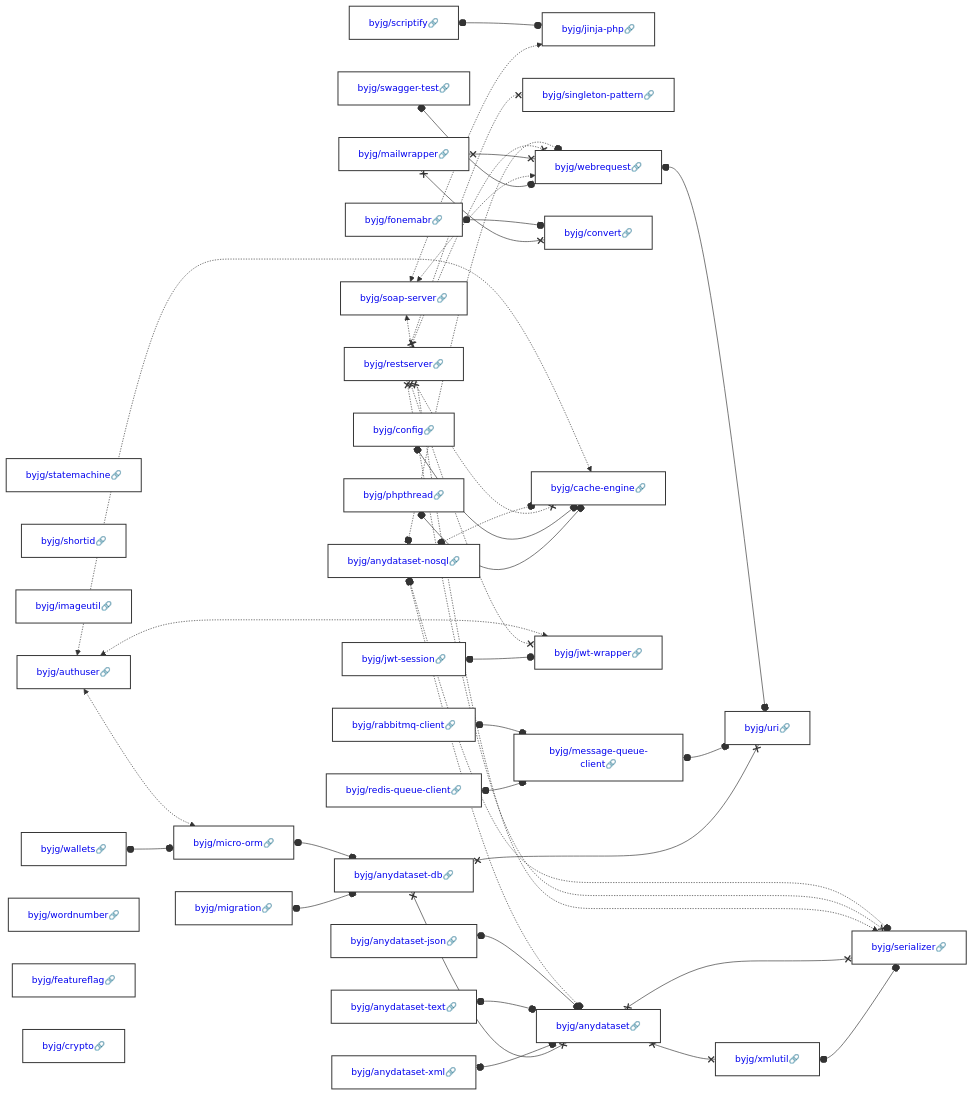
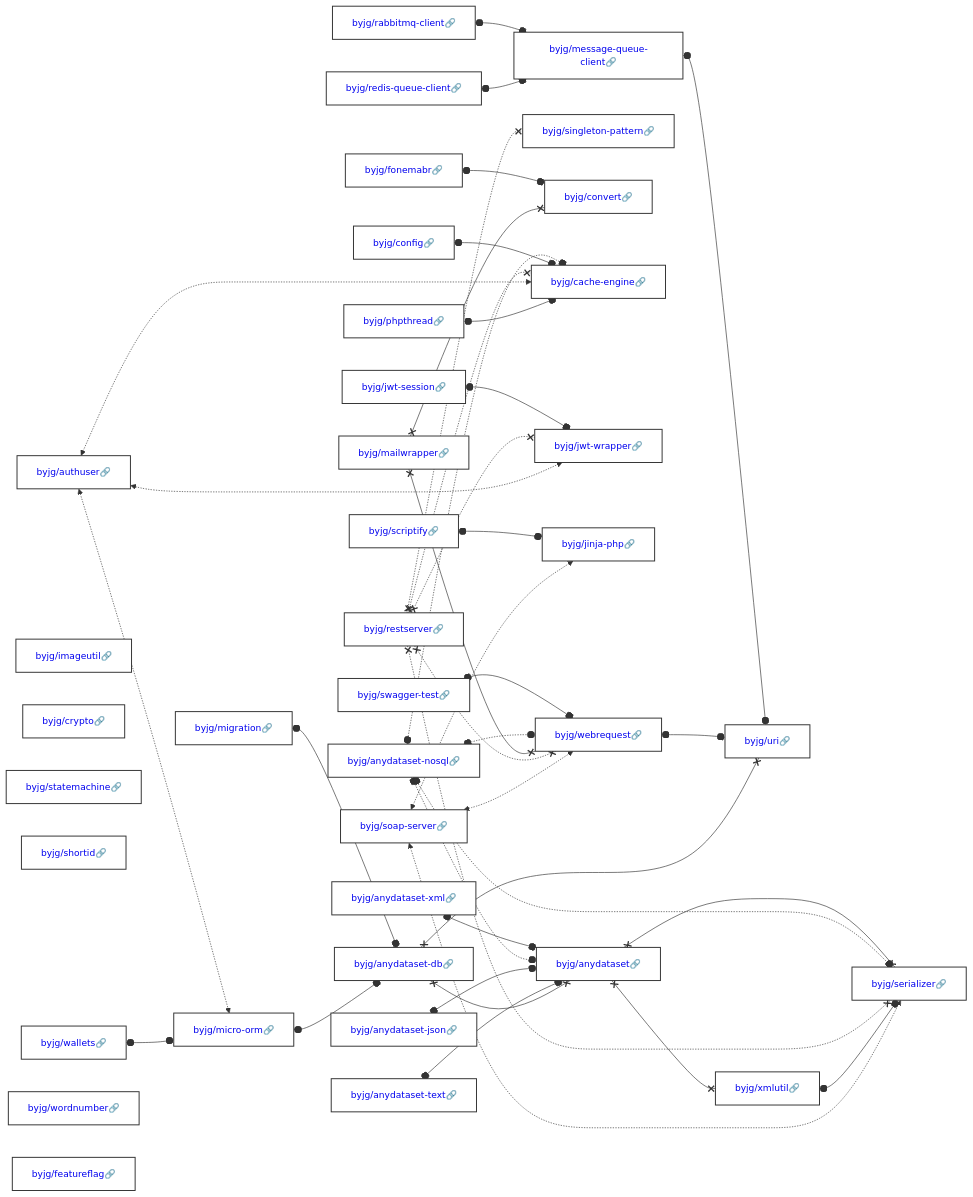
The diagram in docs/php/README.md (byjg/byjg.github.io), drawn with Mermaid before and after one commit. The commit also changed other lines of this file, not shown here.

Commit message:
Update documentation 'php' 'php-swagger-test'

````diff
--- a/docs/php/README.md
+++ b/docs/php/README.md
@@ -3,80 +3,80 @@
 ```mermaid
 graph LR;
+  byjg/rabbitmq-client[<a href='https://opensource.byjg.com/docs/php/rabbitmq-client' style='text-decoration:none'>byjg/rabbitmq-client🔗</a>];
+  byjg/soap-server[<a href='https://opensource.byjg.com/docs/php/soap-server' style='text-decoration:none'>byjg/soap-server🔗</a>];
+  byjg/wallets[<a href='https://opensource.byjg.com/docs/php/wallets' style='text-decoration:none'>byjg/wallets🔗</a>];
+  byjg/anydataset-xml[<a href='https://opensource.byjg.com/docs/php/anydataset-xml' style='text-decoration:none'>byjg/anydataset-xml🔗</a>];
+  byjg/redis-queue-client[<a href='https://opensource.byjg.com/docs/php/redis-queue-client' style='text-decoration:none'>byjg/redis-queue-client🔗</a>];
+  byjg/anydataset-json[<a href='https://opensource.byjg.com/docs/php/anydataset-json' style='text-decoration:none'>byjg/anydataset-json🔗</a>];
+  byjg/imageutil[<a href='https://opensource.byjg.com/docs/php/imageutil' style='text-decoration:none'>byjg/imageutil🔗</a>];
+  byjg/restserver[<a href='https://opensource.byjg.com/docs/php/restserver' style='text-decoration:none'>byjg/restserver🔗</a>];
+  byjg/migration[<a href='https://opensource.byjg.com/docs/php/migration' style='text-decoration:none'>byjg/migration🔗</a>];
+  byjg/fonemabr[<a href='https://opensource.byjg.com/docs/php/fonemabr' style='text-decoration:none'>byjg/fonemabr🔗</a>];
+  byjg/crypto[<a href='https://opensource.byjg.com/docs/php/crypto' style='text-decoration:none'>byjg/crypto🔗</a>];
   byjg/statemachine[<a href='https://opensource.byjg.com/docs/php/statemachine' style='text-decoration:none'>byjg/statemachine🔗</a>];
+  byjg/phpthread[<a href='https://opensource.byjg.com/docs/php/phpthread' style='text-decoration:none'>byjg/phpthread🔗</a>];
   byjg/shortid[<a href='https://opensource.byjg.com/docs/php/shortid' style='text-decoration:none'>byjg/shortid🔗</a>];
-  byjg/rabbitmq-client[<a href='https://opensource.byjg.com/docs/php/rabbitmq-client' style='text-decoration:none'>byjg/rabbitmq-client🔗</a>];
-  byjg/imageutil[<a href='https://opensource.byjg.com/docs/php/imageutil' style='text-decoration:none'>byjg/imageutil🔗</a>];
-  byjg/phpthread[<a href='https://opensource.byjg.com/docs/php/phpthread' style='text-decoration:none'>byjg/phpthread🔗</a>];
-  byjg/scriptify[<a href='https://opensource.byjg.com/docs/php/scriptify' style='text-decoration:none'>byjg/scriptify🔗</a>];
-  byjg/fonemabr[<a href='https://opensource.byjg.com/docs/php/fonemabr' style='text-decoration:none'>byjg/fonemabr🔗</a>];
   byjg/config[<a href='https://opensource.byjg.com/docs/php/config' style='text-decoration:none'>byjg/config🔗</a>];
   byjg/authuser[<a href='https://opensource.byjg.com/docs/php/authuser' style='text-decoration:none'>byjg/authuser🔗</a>];
-  byjg/soap-server[<a href='https://opensource.byjg.com/docs/php/soap-server' style='text-decoration:none'>byjg/soap-server🔗</a>];
-  byjg/restserver[<a href='https://opensource.byjg.com/docs/php/restserver' style='text-decoration:none'>byjg/restserver🔗</a>];
   byjg/anydataset-text[<a href='https://opensource.byjg.com/docs/php/anydataset-text' style='text-decoration:none'>byjg/anydataset-text🔗</a>];
-  byjg/anydataset-json[<a href='https://opensource.byjg.com/docs/php/anydataset-json' style='text-decoration:none'>byjg/anydataset-json🔗</a>];
-  byjg/migration[<a href='https://opensource.byjg.com/docs/php/migration' style='text-decoration:none'>byjg/migration🔗</a>];
-  byjg/redis-queue-client[<a href='https://opensource.byjg.com/docs/php/redis-queue-client' style='text-decoration:none'>byjg/redis-queue-client🔗</a>];
-  byjg/wallets[<a href='https://opensource.byjg.com/docs/php/wallets' style='text-decoration:none'>byjg/wallets🔗</a>];
+  byjg/wordnumber[<a href='https://opensource.byjg.com/docs/php/wordnumber' style='text-decoration:none'>byjg/wordnumber🔗</a>];
   byjg/mailwrapper[<a href='https://opensource.byjg.com/docs/php/mailwrapper' style='text-decoration:none'>byjg/mailwrapper🔗</a>];
   byjg/anydataset-nosql[<a href='https://opensource.byjg.com/docs/php/anydataset-nosql' style='text-decoration:none'>byjg/anydataset-nosql🔗</a>];
-  byjg/anydataset-xml[<a href='https://opensource.byjg.com/docs/php/anydataset-xml' style='text-decoration:none'>byjg/anydataset-xml🔗</a>];
-  byjg/wordnumber[<a href='https://opensource.byjg.com/docs/php/wordnumber' style='text-decoration:none'>byjg/wordnumber🔗</a>];
   byjg/jwt-session[<a href='https://opensource.byjg.com/docs/php/jwt-session' style='text-decoration:none'>byjg/jwt-session🔗</a>];
+  byjg/scriptify[<a href='https://opensource.byjg.com/docs/php/scriptify' style='text-decoration:none'>byjg/scriptify🔗</a>];
   byjg/swagger-test[<a href='https://opensource.byjg.com/docs/php/swagger-test' style='text-decoration:none'>byjg/swagger-test🔗</a>];
   byjg/featureflag[<a href='https://opensource.byjg.com/docs/php/featureflag' style='text-decoration:none'>byjg/featureflag🔗</a>];
-  byjg/crypto[<a href='https://opensource.byjg.com/docs/php/crypto' style='text-decoration:none'>byjg/crypto🔗</a>];
-  byjg/jinja-php[<a href='https://opensource.byjg.com/docs/php/jinja-php' style='text-decoration:none'>byjg/jinja-php🔗</a>];
+  byjg/message-queue-client[<a href='https://opensource.byjg.com/docs/php/message-queue-client' style='text-decoration:none'>byjg/message-queue-client🔗</a>];
   byjg/singleton-pattern[<a href='https://opensource.byjg.com/docs/php/singleton-pattern' style='text-decoration:none'>byjg/singleton-pattern🔗</a>];
-  byjg/message-queue-client[<a href='https://opensource.byjg.com/docs/php/message-queue-client' style='text-decoration:none'>byjg/message-queue-client🔗</a>];
   byjg/micro-orm[<a href='https://opensource.byjg.com/docs/php/micro-orm' style='text-decoration:none'>byjg/micro-orm🔗</a>];
   byjg/convert[<a href='https://opensource.byjg.com/docs/php/convert' style='text-decoration:none'>byjg/convert🔗</a>];
   byjg/cache-engine[<a href='https://opensource.byjg.com/docs/php/cache-engine' style='text-decoration:none'>byjg/cache-engine🔗</a>];
   byjg/jwt-wrapper[<a href='https://opensource.byjg.com/docs/php/jwt-wrapper' style='text-decoration:none'>byjg/jwt-wrapper🔗</a>];
+  byjg/jinja-php[<a href='https://opensource.byjg.com/docs/php/jinja-php' style='text-decoration:none'>byjg/jinja-php🔗</a>];
   byjg/webrequest[<a href='https://opensource.byjg.com/docs/php/webrequest' style='text-decoration:none'>byjg/webrequest🔗</a>];
   byjg/anydataset-db[<a href='https://opensource.byjg.com/docs/php/anydataset-db' style='text-decoration:none'>byjg/anydataset-db🔗</a>];
   byjg/anydataset[<a href='https://opensource.byjg.com/docs/php/anydataset' style='text-decoration:none'>byjg/anydataset🔗</a>];
   byjg/uri[<a href='https://opensource.byjg.com/docs/php/uri' style='text-decoration:none'>byjg/uri🔗</a>];
   byjg/xmlutil[<a href='https://opensource.byjg.com/docs/php/xmlutil' style='text-decoration:none'>byjg/xmlutil🔗</a>];
   byjg/serializer[<a href='https://opensource.byjg.com/docs/php/serializer' style='text-decoration:none'>byjg/serializer🔗</a>];
-  byjg/xmlutil o--o byjg/serializer;
-  byjg/anydataset x--x byjg/serializer;
-  byjg/anydataset x--x byjg/xmlutil;
-  byjg/wallets o--o byjg/micro-orm;
-  byjg/swagger-test o--o byjg/webrequest;
-  byjg/anydataset-db x--x byjg/anydataset;
-  byjg/anydataset-db x--x byjg/uri;
-  byjg/message-queue-client o--o byjg/uri;
   byjg/soap-server <-.-> byjg/jinja-php;
   byjg/soap-server <-.-> byjg/webrequest;
   byjg/soap-server <-.-> byjg/serializer;
-  byjg/mailwrapper x--x byjg/convert;
-  byjg/mailwrapper x--x byjg/webrequest;
+  byjg/xmlutil o--o byjg/serializer;
+  byjg/micro-orm o--o byjg/anydataset-db;
+  byjg/wallets o--o byjg/micro-orm;
   byjg/phpthread o--o byjg/cache-engine;
-  byjg/scriptify o--o byjg/jinja-php;
+  byjg/authuser <-.-> byjg/micro-orm;
+  byjg/authuser <-.-> byjg/cache-engine;
+  byjg/authuser <-.-> byjg/jwt-wrapper;
+  byjg/redis-queue-client o--o byjg/message-queue-client;
+  byjg/anydataset-db x--x byjg/anydataset;
+  byjg/anydataset-db x--x byjg/uri;
   byjg/webrequest o--o byjg/uri;
-  byjg/jwt-session o--o byjg/jwt-wrapper;
-  byjg/fonemabr o--o byjg/convert;
-  byjg/redis-queue-client o--o byjg/message-queue-client;
-  byjg/anydataset-xml o--o byjg/anydataset;
-  byjg/anydataset-text o--o byjg/anydataset;
-  byjg/rabbitmq-client o--o byjg/message-queue-client;
-  byjg/config o--o byjg/cache-engine;
   byjg/restserver x-.-x byjg/serializer;
   byjg/restserver x-.-x byjg/singleton-pattern;
   byjg/restserver x-.-x byjg/cache-engine;
   byjg/restserver x-.-x byjg/webrequest;
   byjg/restserver x-.-x byjg/jwt-wrapper;
+  byjg/mailwrapper x--x byjg/convert;
+  byjg/mailwrapper x--x byjg/webrequest;
+  byjg/rabbitmq-client o--o byjg/message-queue-client;
+  byjg/config o--o byjg/cache-engine;
+  byjg/fonemabr o--o byjg/convert;
+  byjg/anydataset-text o--o byjg/anydataset;
   byjg/anydataset-json o--o byjg/anydataset;
-  byjg/migration o--o byjg/anydataset-db;
   byjg/anydataset-nosql o-.-o byjg/anydataset;
   byjg/anydataset-nosql o-.-o byjg/serializer;
   byjg/anydataset-nosql o-.-o byjg/webrequest;
   byjg/anydataset-nosql o-.-o byjg/cache-engine;
-  byjg/authuser <-.-> byjg/micro-orm;
-  byjg/authuser <-.-> byjg/cache-engine;
-  byjg/authuser <-.-> byjg/jwt-wrapper;
-  byjg/micro-orm o--o byjg/anydataset-db;
+  byjg/swagger-test o--o byjg/webrequest;
+  byjg/anydataset-xml o--o byjg/anydataset;
+  byjg/message-queue-client o--o byjg/uri;
+  byjg/scriptify o--o byjg/jinja-php;
+  byjg/anydataset x--x byjg/serializer;
+  byjg/anydataset x--x byjg/xmlutil;
+  byjg/migration o--o byjg/anydataset-db;
+  byjg/jwt-session o--o byjg/jwt-wrapper;
   classDef default fill:#ffffff,stroke:#333,stroke-width:1.5px,color:#000,font-size:14px;
   classDef highlight fill:#ffef96,stroke:#ff9900,stroke-width:3px;
   classDef deprecated fill:#f8f8f8,stroke:#cccccc,stroke-dasharray: 5 5,stroke-width:1px,color:#999;
````
